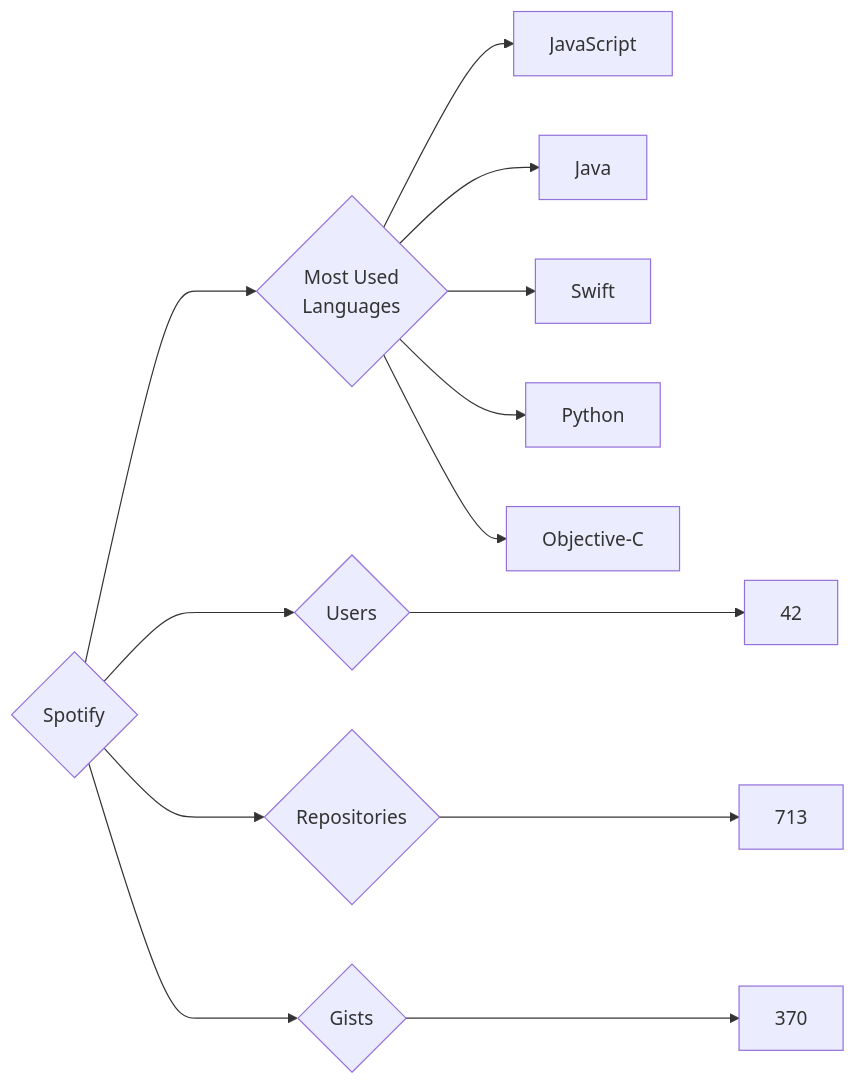
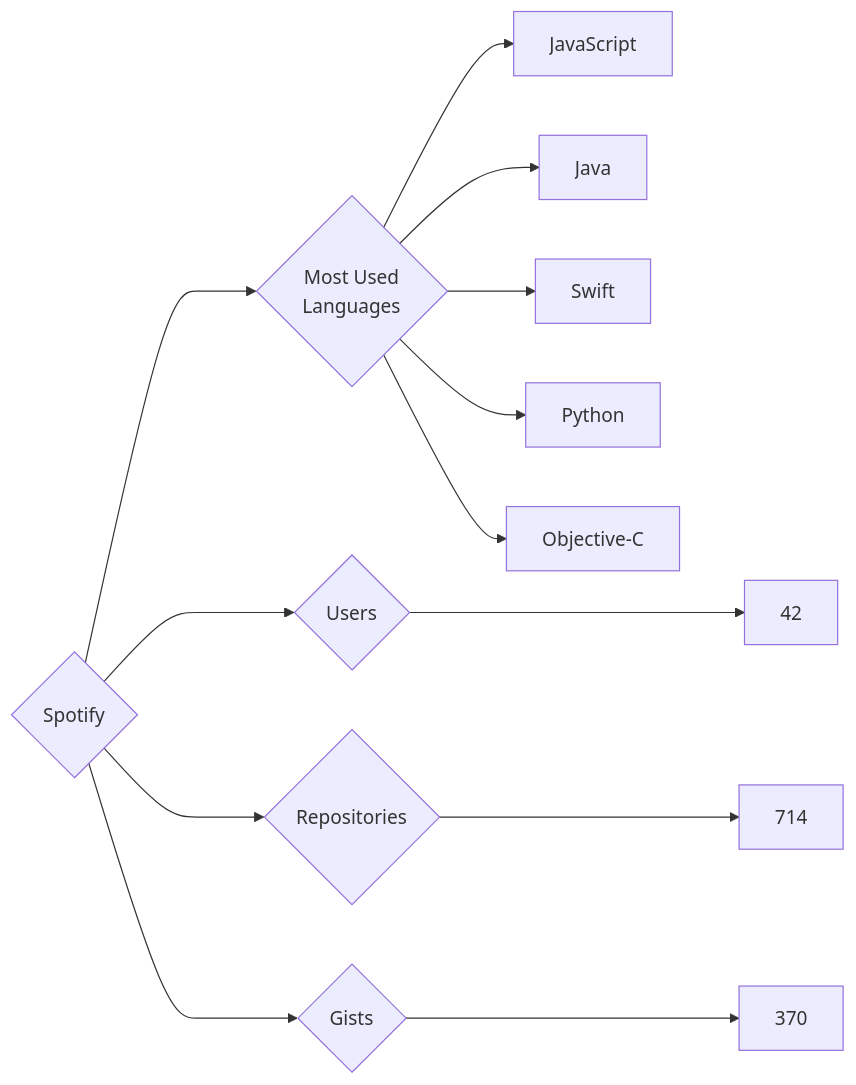
The diagram in targets/Spotify/README.md (trickest/insiders), drawn with Mermaid before and after one commit. The commit also changed 444 other files, not shown here.

````diff
--- a/targets/Spotify/README.md
+++ b/targets/Spotify/README.md
@@ -3,13 +3,13 @@
 ```mermaid
 graph LR
 COMPANY_NAME{Spotify}
 COMPANY_NAME ---> U{Users} ---> UN[42]
-COMPANY_NAME ---> R{Repositories} ---> RN[713]
+COMPANY_NAME ---> R{Repositories} ---> RN[714]
 COMPANY_NAME ---> G{Gists} ---> GN[370]
 COMPANY_NAME ---> ML{Most Used<br>Languages}
 ML --> JavaScript[JavaScript]
 ML --> Java[Java]
 ML --> Swift[Swift]
 ML --> Python[Python]
 ML --> Objective-C[Objective-C]
 ```
````
